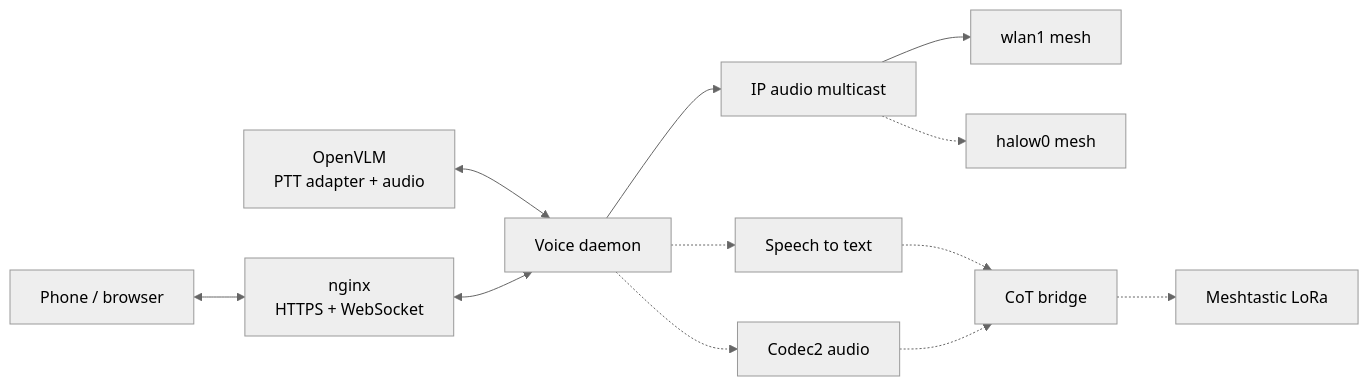
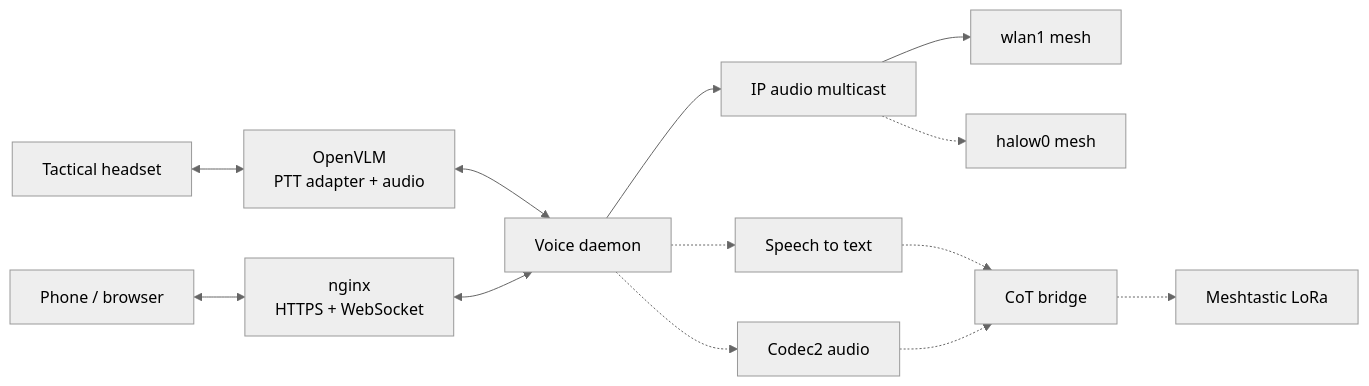
Before and after one commit to Natak-Mesh/V3_OS: the fifth of 7 diagrams in docs/architecture.md, drawn with Mermaid (neutral theme). The commit also changed other lines of this file, not shown here.

Commit message:
docs: show tactical headset connected to OpenVLM

````diff
--- a/docs/architecture.md
+++ b/docs/architecture.md
@@ -161,14 +162,15 @@
 ```mermaid
 flowchart LR
-    openvlm["OpenVLM<br/>PTT adapter + audio"] <--> voice["Voice daemon"]
+    headset["Tactical headset"] <--> openvlm["OpenVLM<br/>PTT adapter + audio"]
+    openvlm <--> voice["Voice daemon"]
     browser["Phone / browser"] <--> nginx["nginx<br/>HTTPS + WebSocket"]
     nginx <--> voice
     voice --> ip["IP audio multicast"]
     ip --> wifi["wlan1 mesh"]
     ip -.-> halow["halow0 mesh"]
     voice -.-> text["Speech to text"]
     voice -.-> codec["Codec2 audio"]
     text -.-> bridge["CoT bridge"]
     codec -.-> bridge
     bridge -.-> radio["Meshtastic LoRa"]
 ```
````
